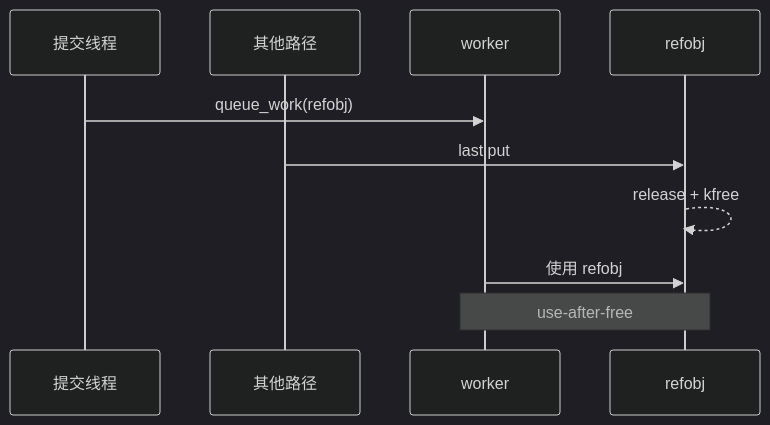
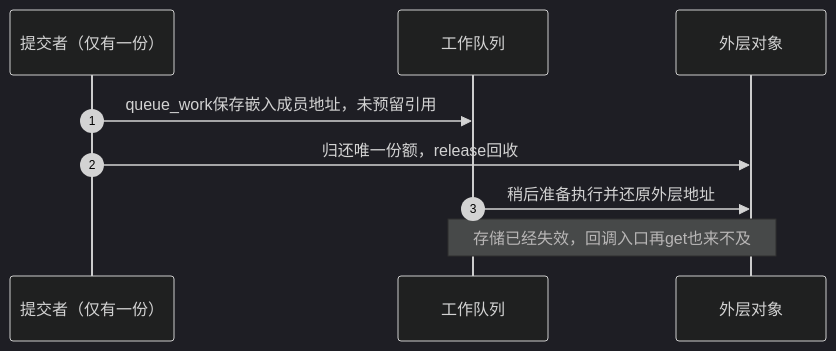
The seventh of 8 diagrams in knowledge/linux/object_lifetime/kref/P03_kref_生命周期状态机.md (FormingSystem/linux_note), drawn with Mermaid (dark theme) before and after one commit. The commit also changed other lines of this file and 15 other files, not shown here.

````diff
--- a/knowledge/linux/object_lifetime/kref/P03_kref_生命周期状态机.md
+++ b/knowledge/linux/object_lifetime/kref/P03_kref_生命周期状态机.md
@@ -1143,13 +806,11 @@
 ```mermaid
 sequenceDiagram
-	participant Submit as 提交线程
-	participant Other as 其他路径
-	participant Work as worker
-	participant refobj as refobj
-
-	Submit->>Work: queue_work(refobj)
-	Other->>refobj: last put
-	refobj-->>refobj: release + kfree
-	Work->>refobj: 使用 refobj
-	Note over Work,refobj: use-after-free
+    autonumber
+    participant S as 提交者（仅有一份）
+    participant W as 工作队列
+    participant O as 外层对象
+    S->>W: queue_work保存嵌入成员地址，未预留引用
+    S->>O: 归还唯一份额，release回收
+    W->>O: 稍后准备执行并还原外层地址
+    Note over W,O: 存储已经失效，回调入口再get也来不及
 ```
````
